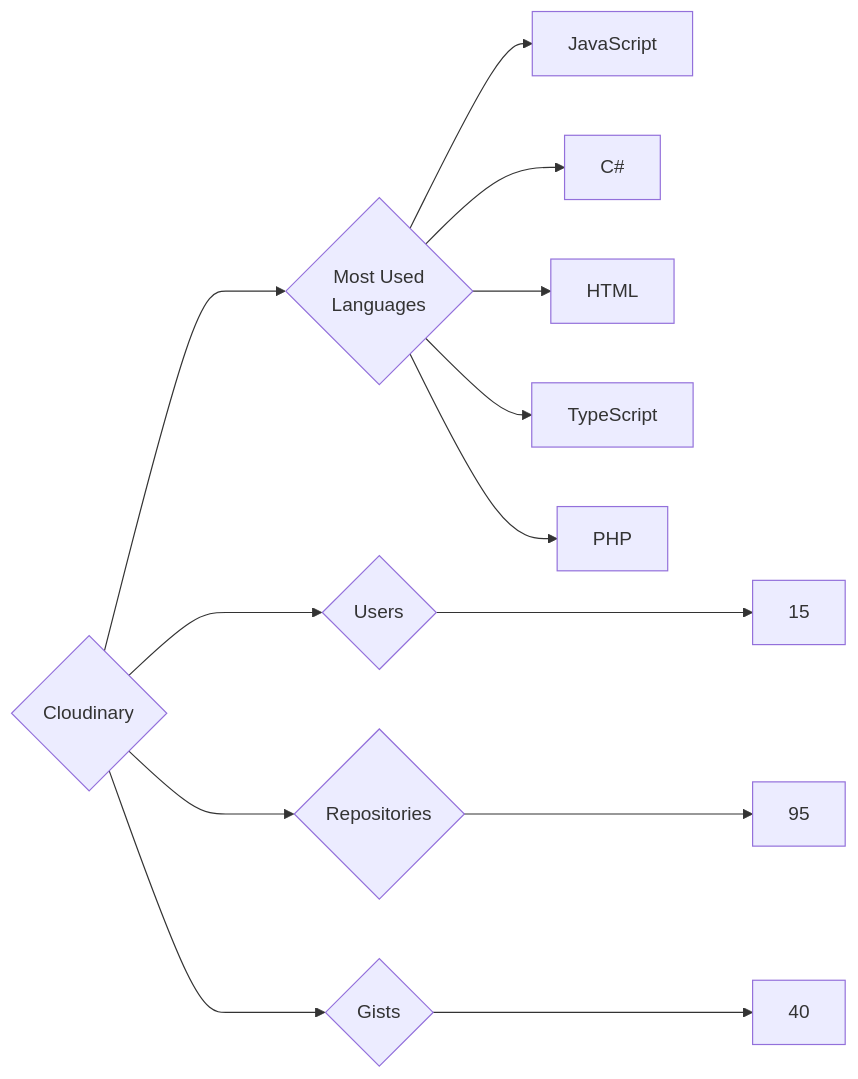
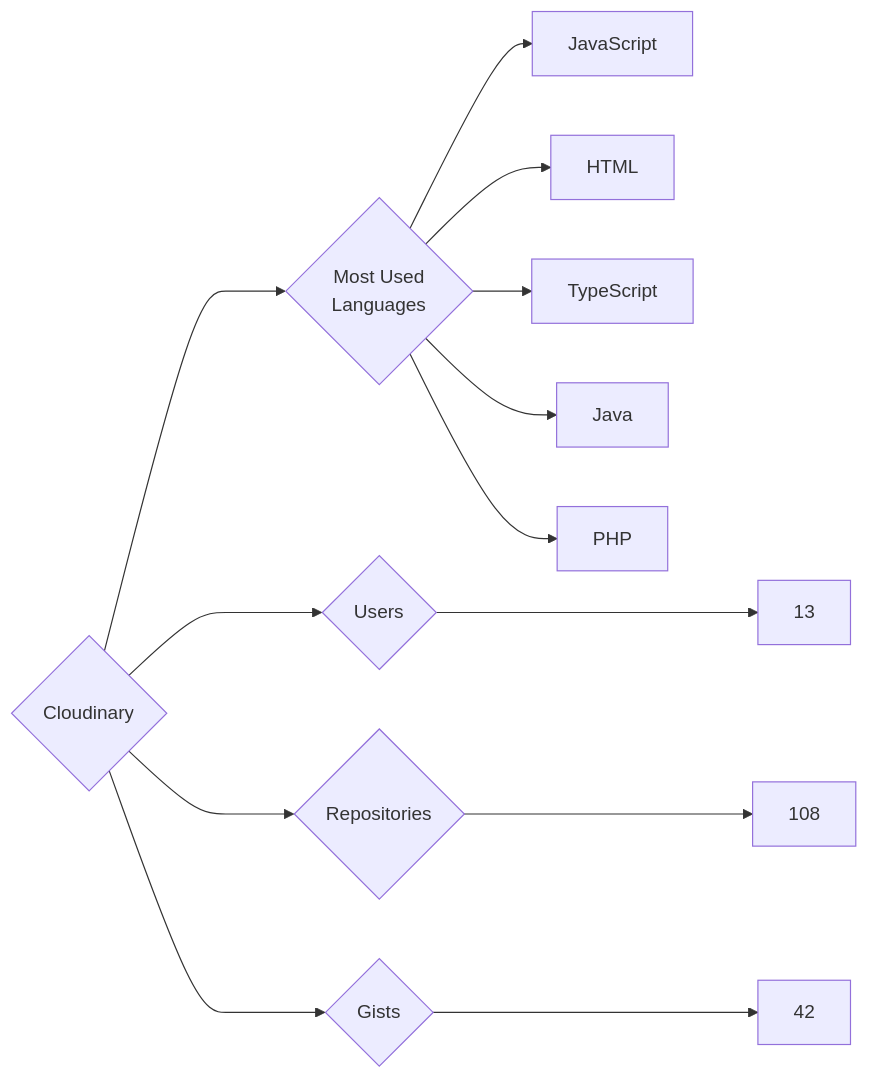
Before and after one commit to trickest/insiders: the diagram in targets/Cloudinary/README.md, drawn with Mermaid. The commit also changed 847 other files, not shown here.

````diff
--- a/targets/Cloudinary/README.md
+++ b/targets/Cloudinary/README.md
@@ -3,13 +3,13 @@
 ```mermaid
 graph LR
 COMPANY_NAME{Cloudinary}
-COMPANY_NAME ---> U{Users} ---> UN[15]
-COMPANY_NAME ---> R{Repositories} ---> RN[95]
-COMPANY_NAME ---> G{Gists} ---> GN[40]
+COMPANY_NAME ---> U{Users} ---> UN[13]
+COMPANY_NAME ---> R{Repositories} ---> RN[108]
+COMPANY_NAME ---> G{Gists} ---> GN[42]
 COMPANY_NAME ---> ML{Most Used<br>Languages}
 ML --> JavaScript[JavaScript]
-ML --> C#[C#]
 ML --> HTML[HTML]
 ML --> TypeScript[TypeScript]
+ML --> Java[Java]
 ML --> PHP[PHP]
 ```
````
